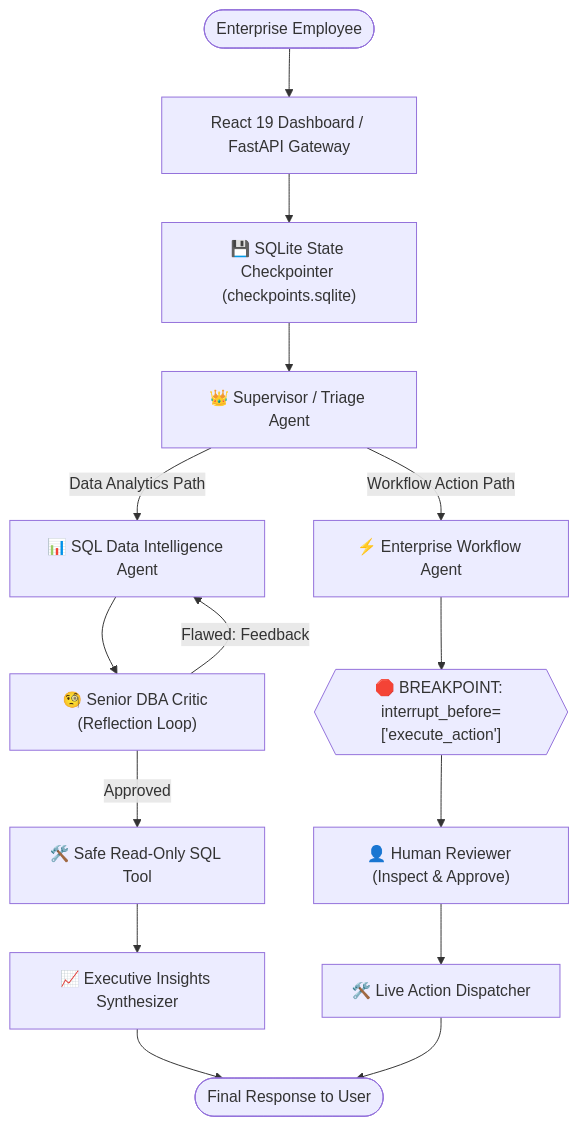
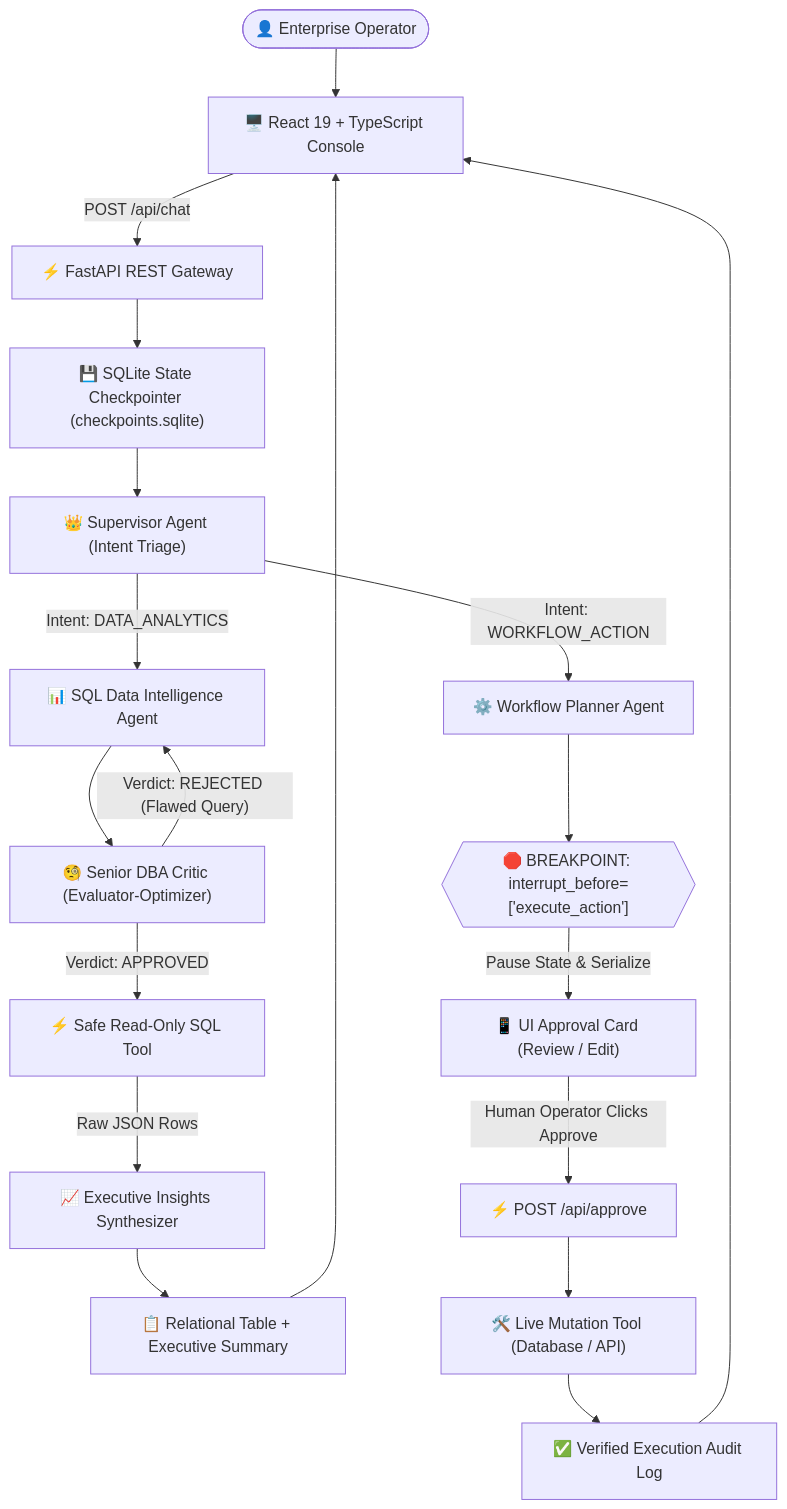
One commit to Nikil-R/Autonomous-Multi-Agent-Enterprise-Data-and-Workflow-Swarm changed the diagram in README.md. Above: the diagram before and after it, drawn with Mermaid. The commit also changed other lines of this file, not shown here.

Commit message:
docs(readme): add comprehensive production portfolio documentation, architecture and benchmarks

````diff
--- a/README.md
+++ b/README.md
@@ -22,21 +100,31 @@
 ```mermaid
 flowchart TD
-    User([Enterprise Employee]) --> UI["React 19 Dashboard / FastAPI Gateway"]
-    UI --> Checkpointer["💾 SQLite State Checkpointer (checkpoints.sqlite)"]
+    User([👤 Enterprise Operator]) --> UI["🖥️ React 19 + TypeScript Console"]
+    UI -->|POST /api/chat| Gateway["⚡ FastAPI REST Gateway"]
     
-    Checkpointer --> Supervisor["👑 Supervisor / Triage Agent"]
+    Gateway --> Checkpointer["💾 SQLite State Checkpointer (checkpoints.sqlite)"]
+    Checkpointer --> Supervisor["👑 Supervisor Agent (Intent Triage)"]
     
-    Supervisor -->|"Data Analytics Path"| SQLGen["📊 SQL Data Intelligence Agent"]
-    SQLGen --> SQLCritic["🧐 Senior DBA Critic (Reflection Loop)"]
-    SQLCritic -->|"Flawed: Feedback"| SQLGen
-    SQLCritic -->|"Approved"| DBTool["🛠️ Safe Read-Only SQL Tool"]
-    DBTool --> Synthesizer["📈 Executive Insights Synthesizer"]
+    %% Analytics Path
+    Supervisor -->|"Intent: DATA_ANALYTICS"| SQLGen["📊 SQL Data Intelligence Agent"]
+    SQLGen --> Critic["🧐 Senior DBA Critic (Evaluator-Optimizer)"]
     
-    Supervisor -->|"Workflow Action Path"| ActionAgent["⚡ Enterprise Workflow Agent"]
-    ActionAgent --> Breakpoint{{"🛑 BREAKPOINT: interrupt_before=['execute_action']"}}
-    Breakpoint --> HumanDecision["👤 Human Reviewer (Inspect & Approve)"]
-    HumanDecision --> ActionTool["🛠️ Live Action Dispatcher"]
+    Critic -->|"Verdict: REJECTED (Flawed Query)"| SQLGen
+    Critic -->|"Verdict: APPROVED"| Exec["⚡ Safe Read-Only SQL Tool"]
     
-    Synthesizer --> Output([Final Response to User])
-    ActionTool --> Output
+    Exec -->|"Raw JSON Rows"| Synth["📈 Executive Insights Synthesizer"]
+    Synth --> Response1["📋 Relational Table + Executive Summary"]
+    
+    %% Operational Workflow Path
+    Supervisor -->|"Intent: WORKFLOW_ACTION"| Planner["⚙️ Workflow Planner Agent"]
+    Planner --> Breakpoint{{"🛑 BREAKPOINT: interrupt_before=['execute_action']"}}
+    
+    Breakpoint -->|"Pause State & Serialize"| Approval["📱 UI Approval Card (Review / Edit)"]
+    Approval -->|Human Operator Clicks Approve| Resume["⚡ POST /api/approve"]
+    
+    Resume --> ExecAction["🛠️ Live Mutation Tool (Database / API)"]
+    ExecAction --> Response2["✅ Verified Execution Audit Log"]
+    
+    Response1 --> UI
+    Response2 --> UI
 ```
````
